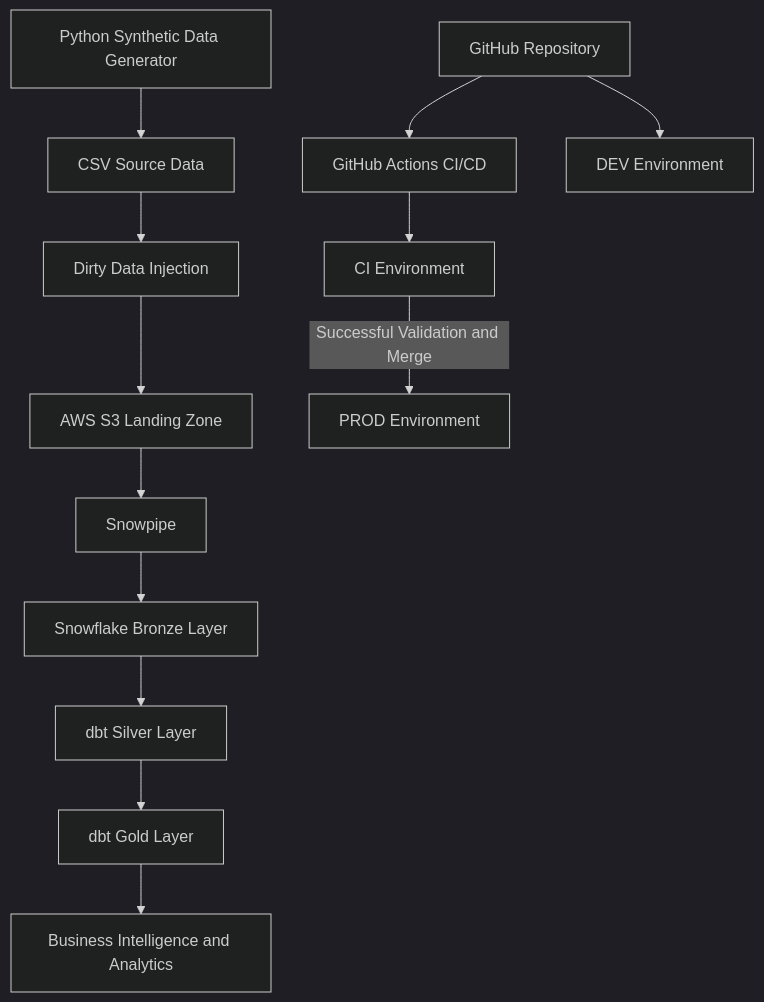
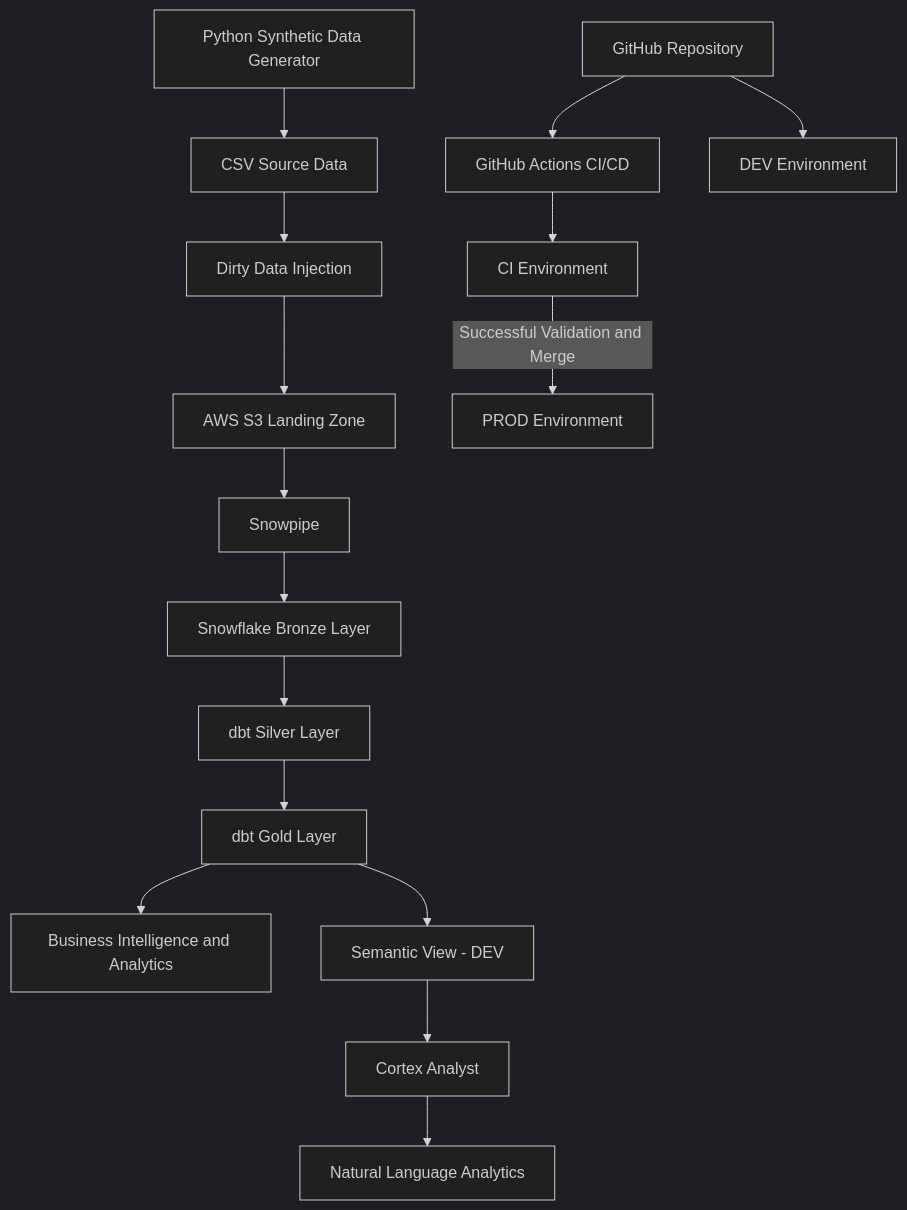
Before and after one commit to youkeefan/travel-data-platform: the first of 5 diagrams in README.md, drawn with Mermaid (dark theme). The commit also changed other lines of this file and 1 other file, not shown here.

Commit message:
feat: add semantic layer and Cortex Analyst integration

````diff
--- a/README.md
+++ b/README.md
@@ -52,32 +81,35 @@
 ```mermaid
 flowchart TD
     A[Python Synthetic Data Generator]
     B[CSV Source Data]
     C[Dirty Data Injection]
     D[AWS S3 Landing Zone]
     E[Snowpipe]
     F[Snowflake Bronze Layer]
     G[dbt Silver Layer]
     H[dbt Gold Layer]
     I[Business Intelligence and Analytics]
 
     A --> B
     B --> C
     C --> D
     D --> E
     E --> F
     F --> G
     G --> H
     H --> I
+    H --> O[Semantic View - DEV]
+    O --> P[Cortex Analyst]
+    P --> Q[Natural Language Analytics]
 
     J[GitHub Repository]
     K[GitHub Actions CI/CD]
     L[DEV Environment]
     M[CI Environment]
     N[PROD Environment]
 
     J --> K
     J --> L
     K --> M
     M -->|Successful Validation and Merge| N
 ```
````
